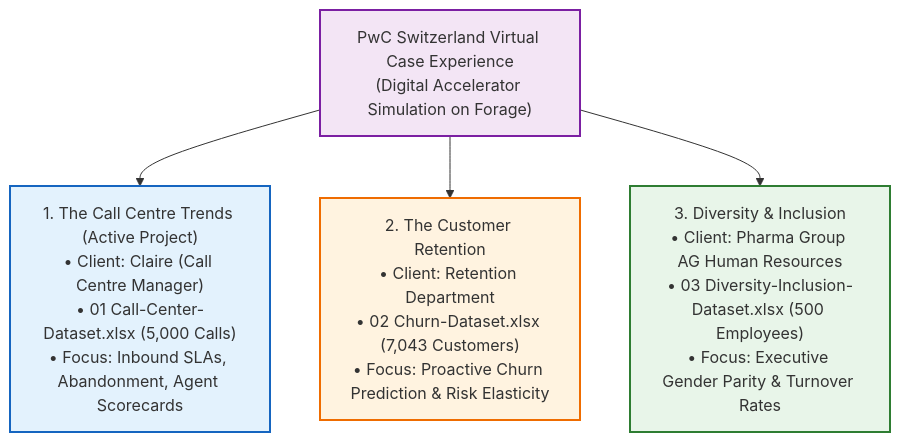
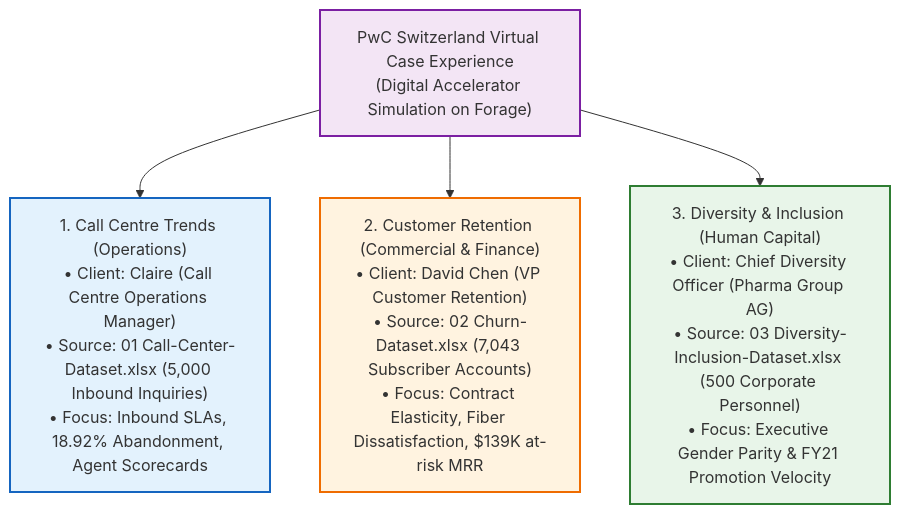
The first of 2 diagrams in 06_Projects/Call Center Performance Analysis/Project Overview.md (Sohila-Khaled-Abbas/COURSE-EXCEL-ZERO-TO-HERO), drawn with Mermaid before and after one commit. The commit also changed other lines of this file and 11 other files, not shown here.

Commit message:
feat(pwc-capstone): integrate full 3-dataset Galaxy Schema into project documentation suite

````diff
--- a/06_Projects/Call Center Performance Analysis/Project Overview.md
+++ b/06_Projects/Call Center Performance Analysis/Project Overview.md
@@ -48,17 +49,17 @@
 ```mermaid
 flowchart TD
     PWC["PwC Switzerland Virtual Case Experience\n(Digital Accelerator Simulation on Forage)"]
     
-    T1["1. The Call Centre Trends (Active Project)\n• Client: Claire (Call Centre Manager)\n• 01 Call-Center-Dataset.xlsx (5,000 Calls)\n• Focus: Inbound SLAs, Abandonment, Agent Scorecards"]
-    T2["2. The Customer Retention\n• Client: Retention Department\n• 02 Churn-Dataset.xlsx (7,043 Customers)\n• Focus: Proactive Churn Prediction & Risk Elasticity"]
-    T3["3. Diversity & Inclusion\n• Client: Pharma Group AG Human Resources\n• 03 Diversity-Inclusion-Dataset.xlsx (500 Employees)\n• Focus: Executive Gender Parity & Turnover Rates"]
+    T1["1. Call Centre Trends (Operations)\n• Client: Claire (Call Centre Operations Manager)\n• Source: 01 Call-Center-Dataset.xlsx (5,000 Inbound Inquiries)\n• Focus: Inbound SLAs, 18.92% Abandonment, Agent Scorecards"]
+    T2["2. Customer Retention (Commercial & Finance)\n• Client: David Chen (VP Customer Retention)\n• Source: 02 Churn-Dataset.xlsx (7,043 Subscriber Accounts)\n• Focus: Contract Elasticity, Fiber Dissatisfaction, $139K at-risk MRR"]
+    T3["3. Diversity & Inclusion (Human Capital)\n• Client: Chief Diversity Officer (Pharma Group AG)\n• Source: 03 Diversity-Inclusion-Dataset.xlsx (500 Corporate Personnel)\n• Focus: Executive Gender Parity & FY21 Promotion Velocity"]
     
     PWC --> T1
     PWC --> T2
     PWC --> T3
     
     style PWC fill:#f3e5f5,stroke:#7b1fa2,stroke-width:2px
     style T1 fill:#e3f2fd,stroke:#1565c0,stroke-width:2px
     style T2 fill:#fff3e0,stroke:#ef6c00,stroke-width:2px
     style T3 fill:#e8f5e9,stroke:#2e7d32,stroke-width:2px
 ```
````
